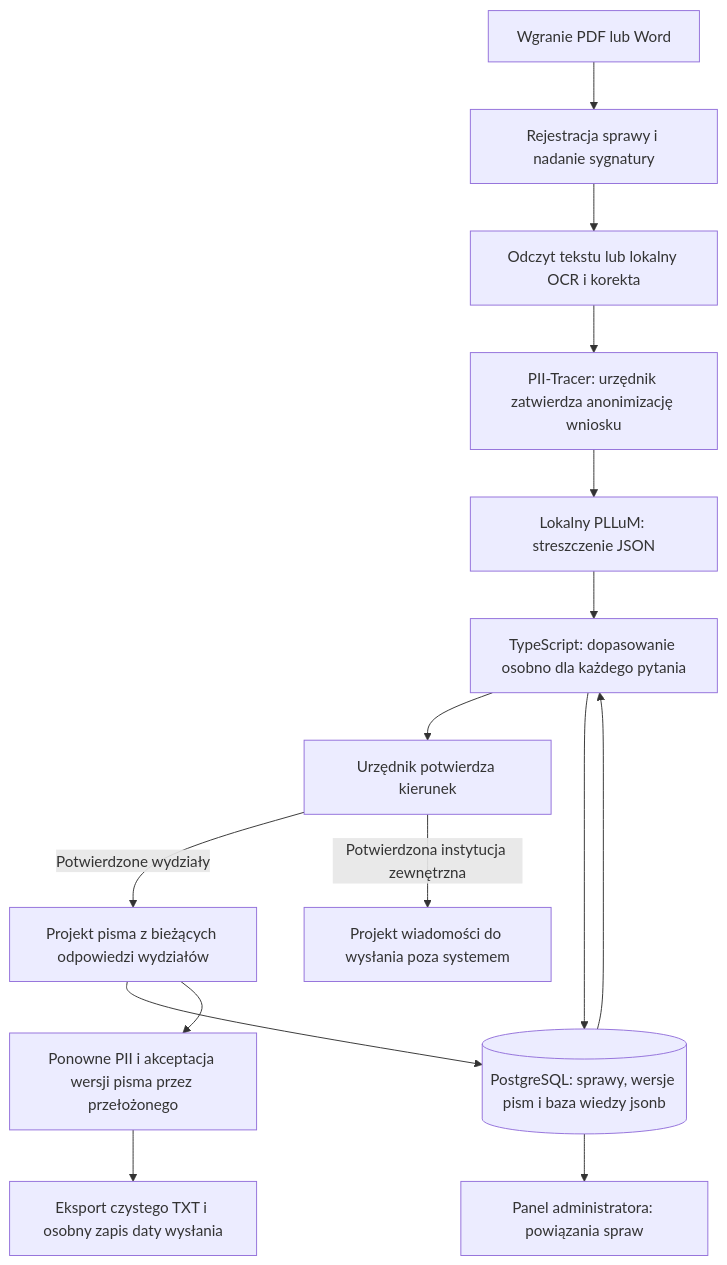
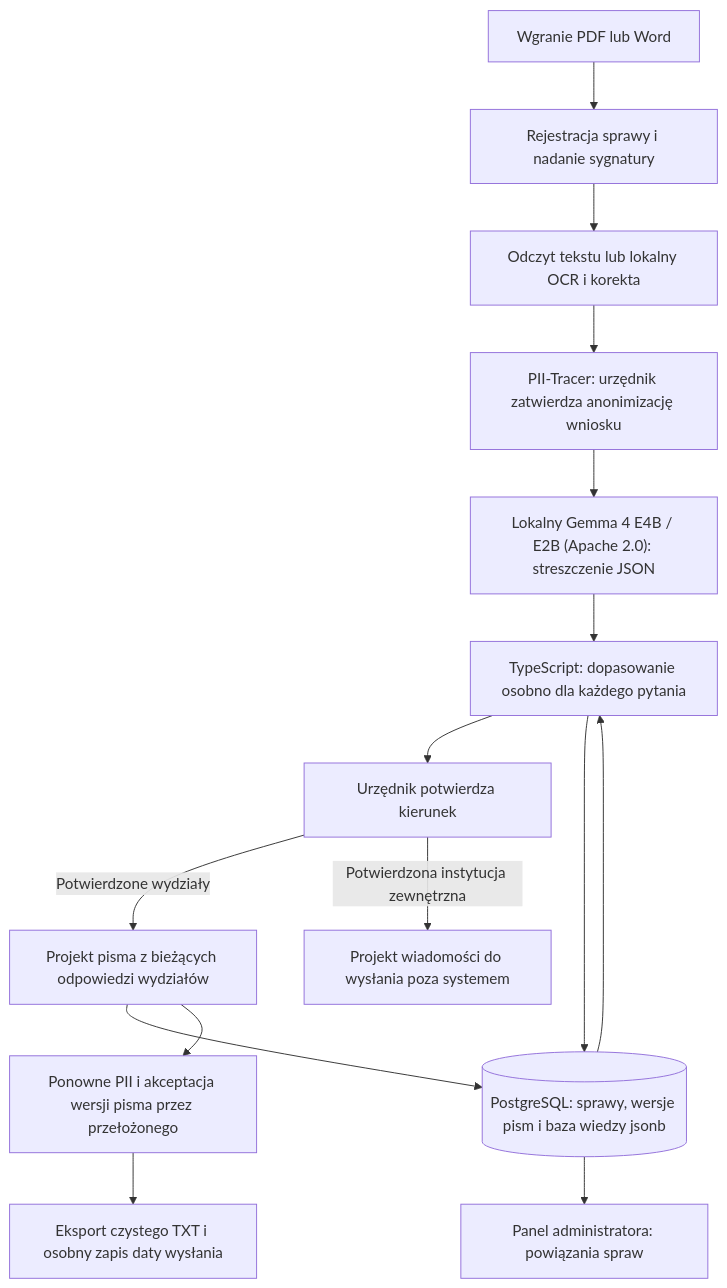
Before and after one commit to Yurich3112/PUBLIQ: the diagram in docs/UDIP_COMPLETE_IDEA.md, drawn with Mermaid. The commit also changed other lines of this file and 90 other files, not shown here.

Commit message:
UI: polish UDIP clerk workspace, OCR 3-column flow, Gemma 4 config and branding

````diff
--- a/docs/UDIP_COMPLETE_IDEA.md
+++ b/docs/UDIP_COMPLETE_IDEA.md
@@ -39,31 +39,31 @@
 ```mermaid
 flowchart TD
     Upload["Wgranie PDF lub Word"]
     OCR["Odczyt tekstu lub lokalny OCR i korekta"]
     Intake["Rejestracja sprawy i nadanie sygnatury"]
     Redact["PII-Tracer: urzędnik zatwierdza anonimizację wniosku"]
     Approval["Ponowne PII i akceptacja wersji pisma przez przełożonego"]
-    Summary["Lokalny PLLuM: streszczenie JSON"]
+    Summary["Lokalny Gemma 4 E4B / E2B (Apache 2.0): streszczenie JSON"]
     Match["TypeScript: dopasowanie osobno dla każdego pytania"]
     Database[("PostgreSQL: sprawy, wersje pism i baza wiedzy jsonb")]
     Draft["Projekt pisma z bieżących odpowiedzi wydziałów"]
     Clerk["Urzędnik potwierdza kierunek"]
     External["Projekt wiadomości do wysłania poza systemem"]
     Export["Eksport czystego TXT i osobny zapis daty wysłania"]
     Graph["Panel administratora: powiązania spraw"]
 
     Upload --> Intake
     Intake --> OCR
     OCR --> Redact
     Redact --> Summary
     Summary --> Match
     Database --> Match
     Match --> Clerk
     Clerk -->|"Potwierdzone wydziały"| Draft
     Clerk -->|"Potwierdzona instytucja zewnętrzna"| External
     Draft --> Database
     Draft --> Approval
     Approval --> Export
     Match --> Database
     Database --> Graph
 ```
````
